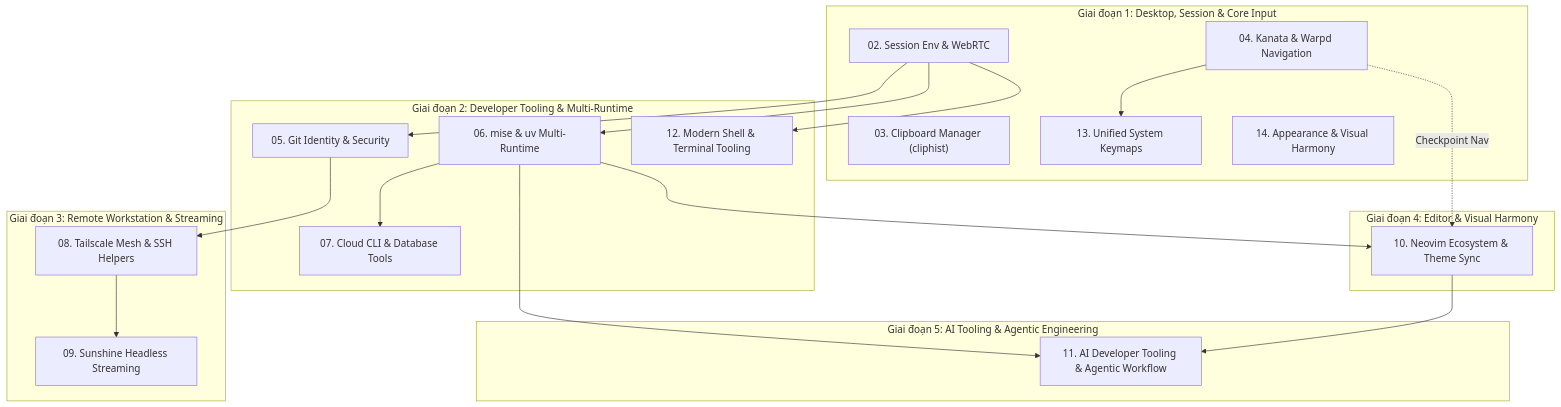
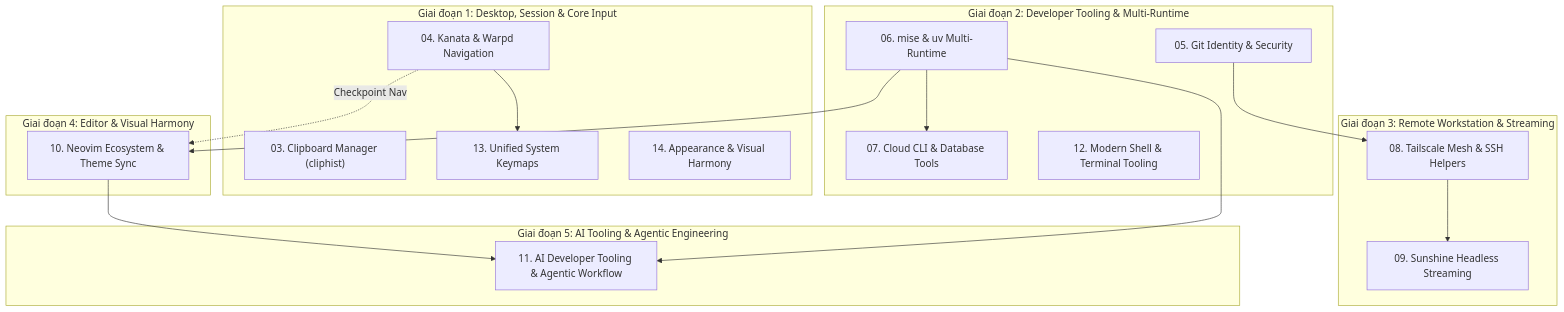
One commit to Aethries/dotfiles changed the diagram in plans/README.md. Above: the diagram before and after it, drawn with Mermaid. The commit also changed other lines of this file and 7 other files, not shown here.

Commit message:
feat: complete plan 02 session env and clean up audit docs

````diff
--- a/plans/README.md
+++ b/plans/README.md
@@ -9,32 +9,31 @@
 ```mermaid
 flowchart TD
     subgraph G1["Giai đoạn 1: Desktop, Session & Core Input"]
-        P02["02. Session Env & WebRTC"]
         P03["03. Clipboard Manager (cliphist)"]
         P04["04. Kanata & Warpd Navigation"]
         P04 --> P13["13. Unified System Keymaps"]
         P14["14. Appearance & Visual Harmony"]
     end
 
     subgraph G2["Giai đoạn 2: Developer Tooling & Multi-Runtime"]
-        P02 --> P05["05. Git Identity & Security"]
-        P02 --> P06["06. mise & uv Multi-Runtime"]
+        P05["05. Git Identity & Security"]
+        P06["06. mise & uv Multi-Runtime"]
         P06 --> P07["07. Cloud CLI & Database Tools"]
-        P02 --> P12["12. Modern Shell & Terminal Tooling"]
+        P12["12. Modern Shell & Terminal Tooling"]
     end
 
     subgraph G3["Giai đoạn 3: Remote Workstation & Streaming"]
         P05 --> P08["08. Tailscale Mesh & SSH Helpers"]
         P08 --> P09["09. Sunshine Headless Streaming"]
     end
 
     subgraph G4["Giai đoạn 4: Editor & Visual Harmony"]
         P06 --> P10["10. Neovim Ecosystem & Theme Sync"]
         P04 -. Checkpoint Nav .-> P10
     end
 
     subgraph G5["Giai đoạn 5: AI Tooling & Agentic Engineering"]
         P06 --> P11["11. AI Developer Tooling & Agentic Workflow"]
         P10 --> P11
     end
 ```
````
